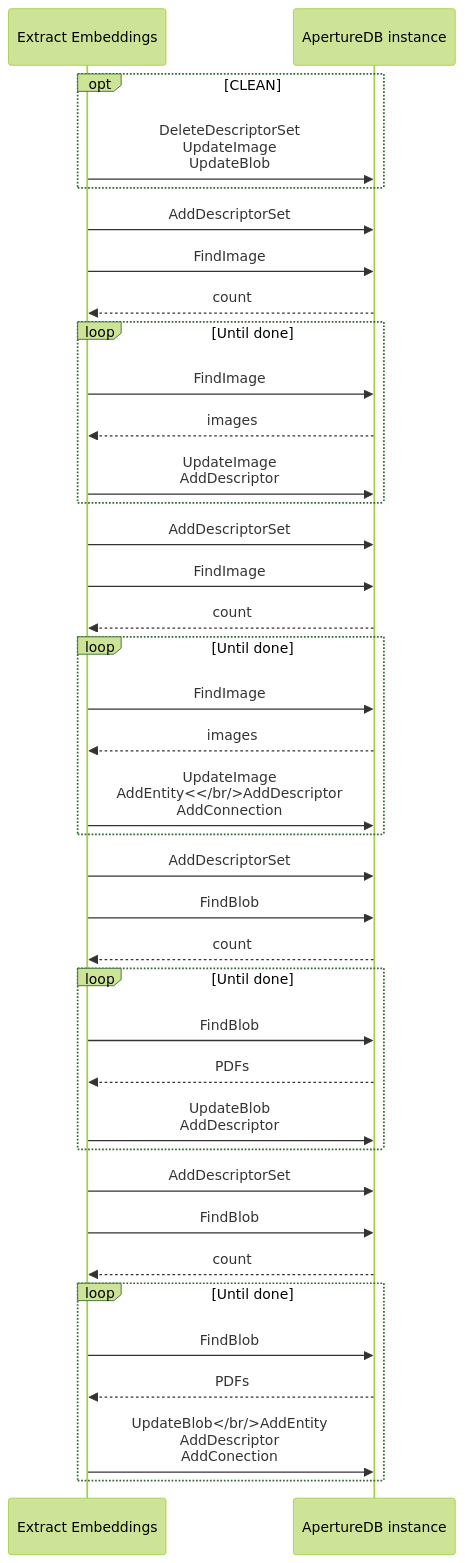
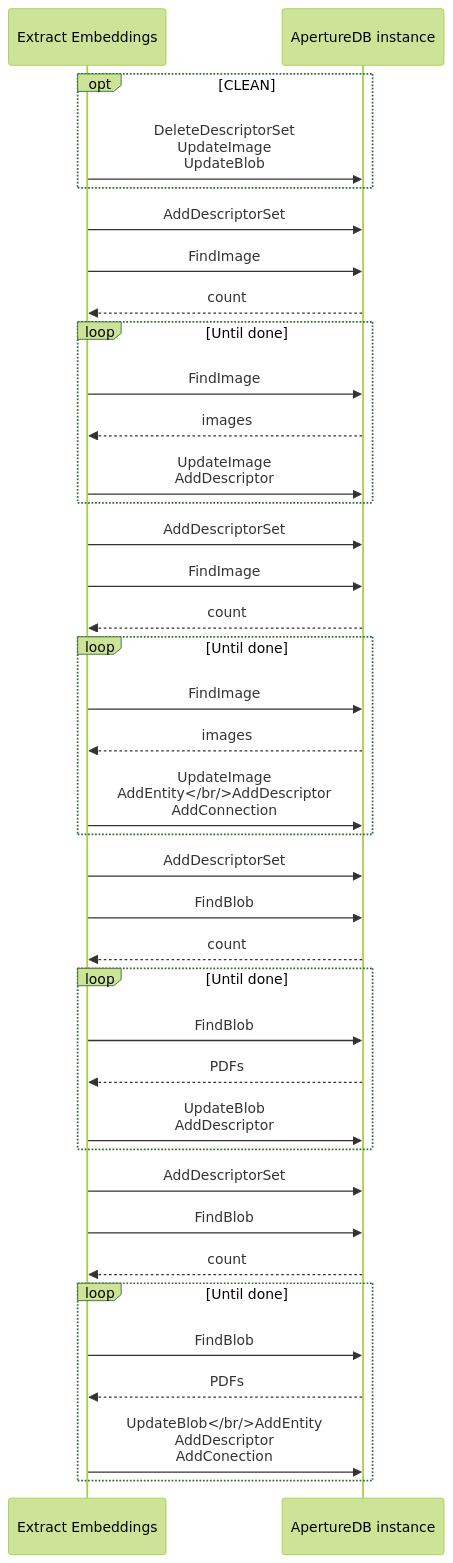
One commit to aperture-data/workflows changed the diagram in apps/embeddings-extraction/README.md. Above: the diagram before and after it, drawn with Mermaid (forest theme).

````diff
--- a/apps/embeddings-extraction/README.md
+++ b/apps/embeddings-extraction/README.md
@@ -12,44 +12,44 @@
 ```mermaid
 sequenceDiagram
     participant W as Extract Embeddings
     participant A as ApertureDB instance
     opt CLEAN
         W->>A: DeleteDescriptorSet<br/>UpdateImage<br/>UpdateBlob
     end
 
     W->>A: AddDescriptorSet
     W->>A: FindImage
     A-->>W: count
     loop Until done
         W->>A: FindImage
         A-->>W: images
         W->>A: UpdateImage<br/>AddDescriptor
     end
 
     W->>A: AddDescriptorSet
     W->>A: FindImage
     A-->>W: count
     loop Until done
         W->>A: FindImage
         A-->>W: images
-        W->>A: UpdateImage<br/>AddEntity<</br/>AddDescriptor<br/>AddConnection
+        W->>A: UpdateImage<br/>AddEntity</br/>AddDescriptor<br/>AddConnection
     end
 
     W->>A: AddDescriptorSet
     W->>A: FindBlob
     A-->>W: count
     loop Until done
         W->>A: FindBlob
         A-->>W: PDFs
         W->>A: UpdateBlob<br/>AddDescriptor
     end
 
     W->>A: AddDescriptorSet
     W->>A: FindBlob
     A-->>W: count
     loop Until done
         W->>A: FindBlob
         A-->>W: PDFs
         W->>A: UpdateBlob</br/>AddEntity<br/>AddDescriptor<br/>AddConection
     end
 ```
````
